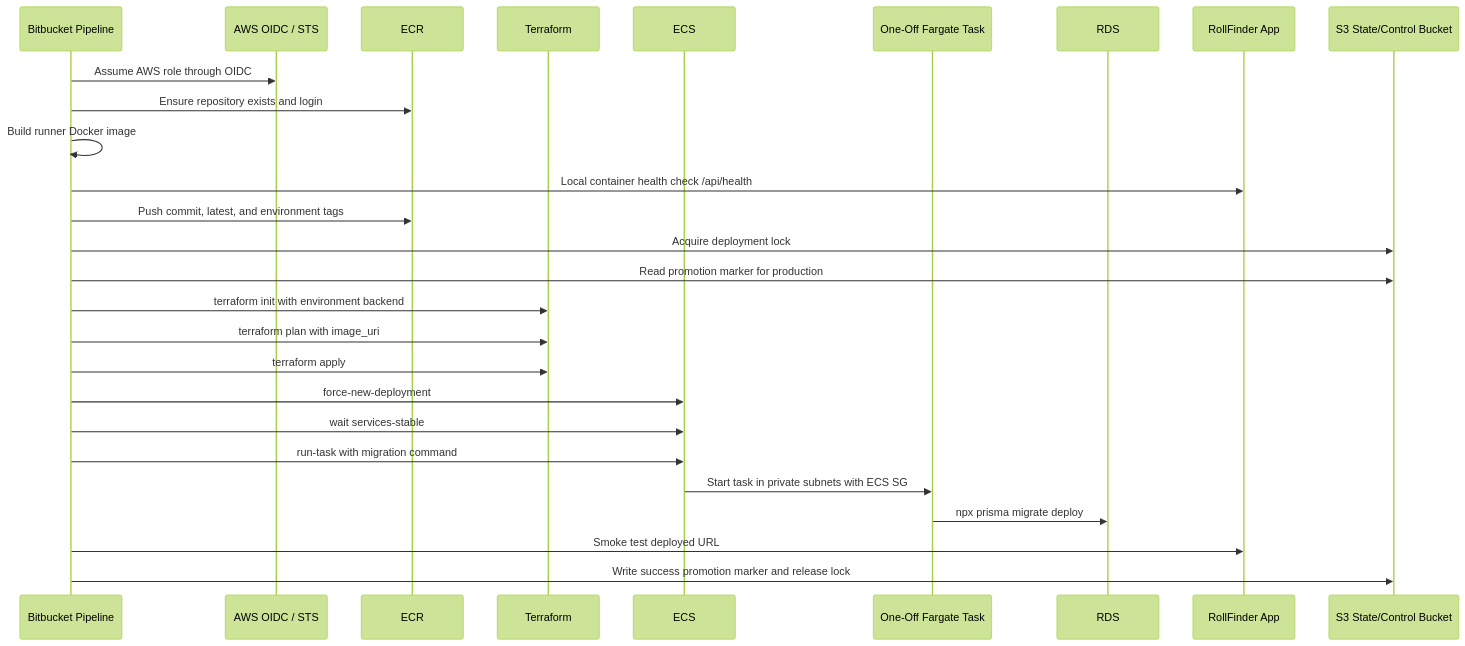
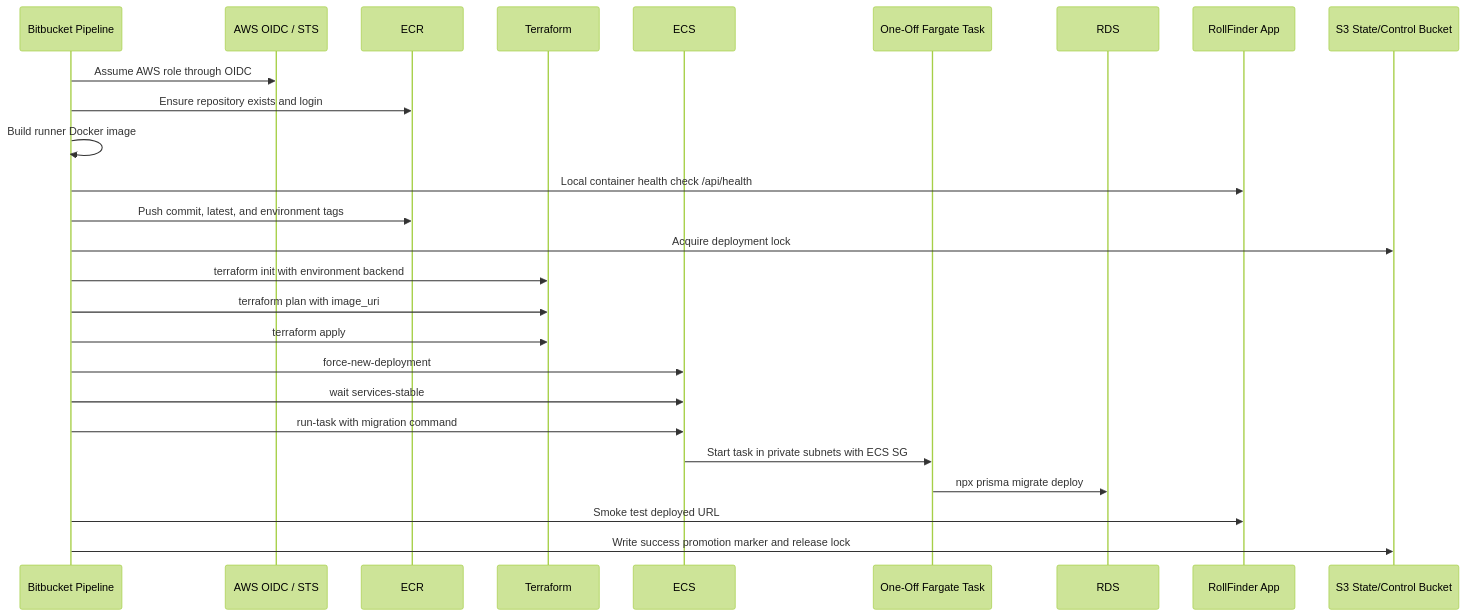
Before and after one commit to miljimo/rollfinders: the third of 3 diagrams in docs/architecture/deployment-flow.md, drawn with Mermaid (forest theme). The commit also changed other lines of this file and 4 other files, not shown here.

Commit message:
Deploy production directly without dev promotion

````diff
--- a/docs/architecture/deployment-flow.md
+++ b/docs/architecture/deployment-flow.md
@@ -74,30 +84,29 @@
 ```mermaid
 sequenceDiagram
   participant Pipeline as Bitbucket Pipeline
   participant AWS as AWS OIDC / STS
   participant ECR as ECR
   participant TF as Terraform
   participant ECS as ECS
   participant Mig as One-Off Fargate Task
   participant DB as RDS
   participant App as RollFinder App
   participant S3 as S3 State/Control Bucket
 
   Pipeline->>AWS: Assume AWS role through OIDC
   Pipeline->>ECR: Ensure repository exists and login
   Pipeline->>Pipeline: Build runner Docker image
   Pipeline->>App: Local container health check /api/health
   Pipeline->>ECR: Push commit, latest, and environment tags
   Pipeline->>S3: Acquire deployment lock
-  Pipeline->>S3: Read promotion marker for production
   Pipeline->>TF: terraform init with environment backend
   Pipeline->>TF: terraform plan with image_uri
   Pipeline->>TF: terraform apply
   Pipeline->>ECS: force-new-deployment
   Pipeline->>ECS: wait services-stable
   Pipeline->>ECS: run-task with migration command
   ECS->>Mig: Start task in private subnets with ECS SG
   Mig->>DB: npx prisma migrate deploy
   Pipeline->>App: Smoke test deployed URL
   Pipeline->>S3: Write success promotion marker and release lock
 ```
````
